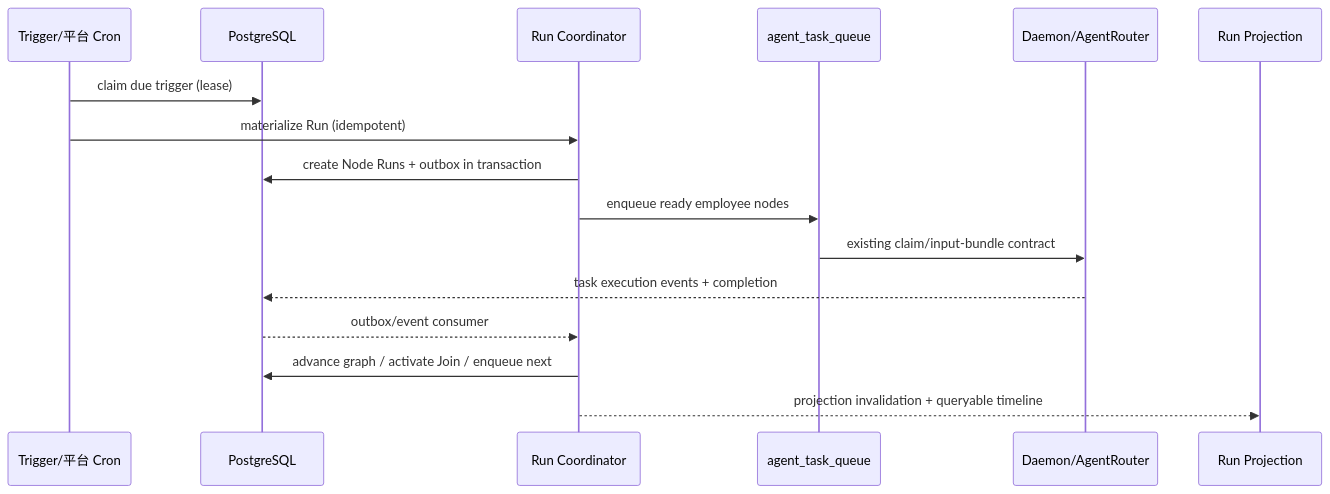
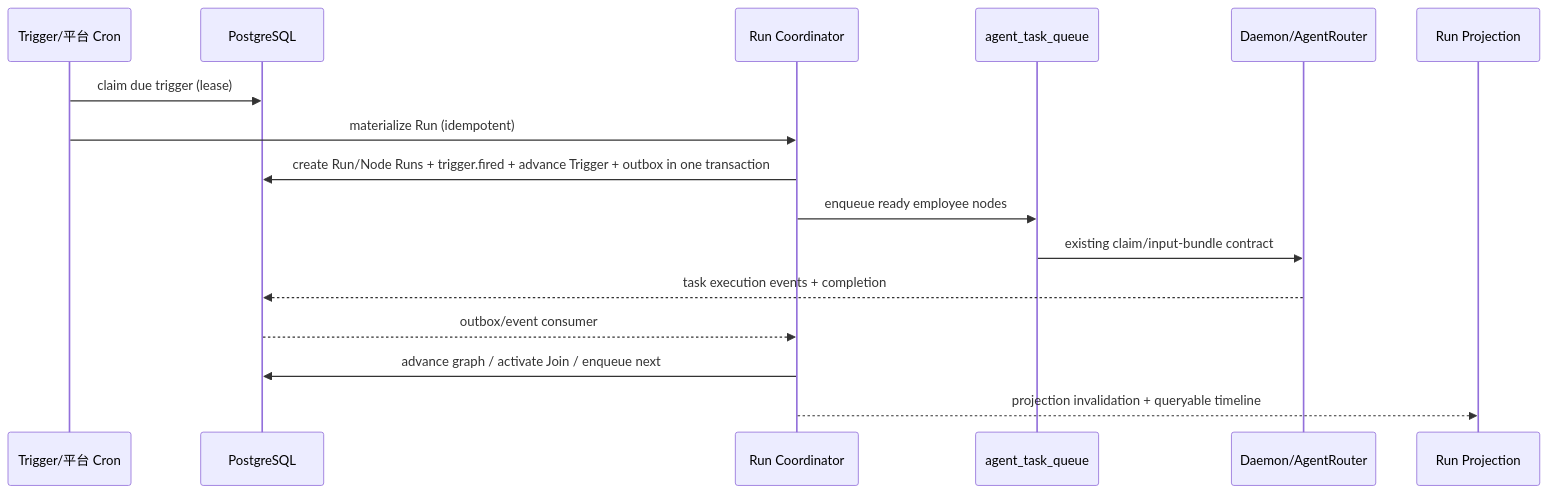
Before and after one commit to iTechwu/AgentSpace: the second of 3 diagrams in docs/0806/agent-team/03-技术架构文档.md, drawn with Mermaid. The commit also changed other lines of this file and 60 other files, not shown here.

````diff
--- a/docs/0806/agent-team/03-技术架构文档.md
+++ b/docs/0806/agent-team/03-技术架构文档.md
@@ -44,18 +44,18 @@
 ```mermaid
 sequenceDiagram
   participant Trigger as Trigger/平台 Cron
   participant DB as PostgreSQL
   participant Coord as Run Coordinator
   participant Queue as agent_task_queue
   participant Runtime as Daemon/AgentRouter
   participant UI as Run Projection
   Trigger->>DB: claim due trigger (lease)
   Trigger->>Coord: materialize Run (idempotent)
-  Coord->>DB: create Node Runs + outbox in transaction
+  Coord->>DB: create Run/Node Runs + trigger.fired + advance Trigger + outbox in one transaction
   Coord->>Queue: enqueue ready employee nodes
   Queue->>Runtime: existing claim/input-bundle contract
   Runtime-->>DB: task execution events + completion
   DB-->>Coord: outbox/event consumer
   Coord->>DB: advance graph / activate Join / enqueue next
   Coord-->>UI: projection invalidation + queryable timeline
 ```
````
